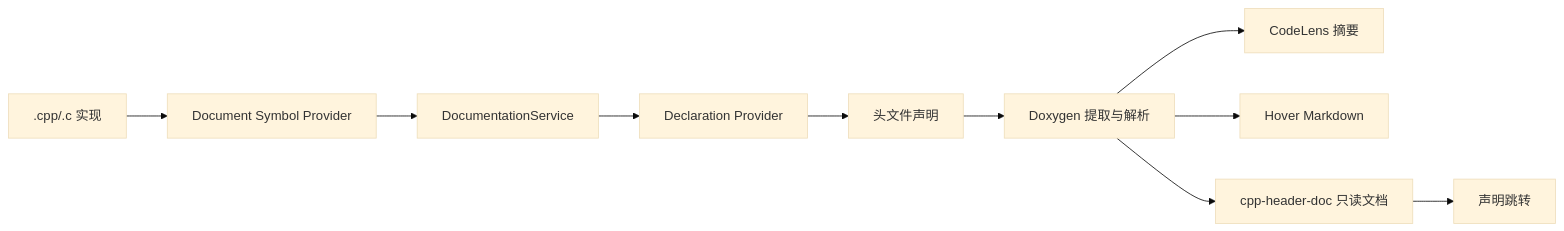
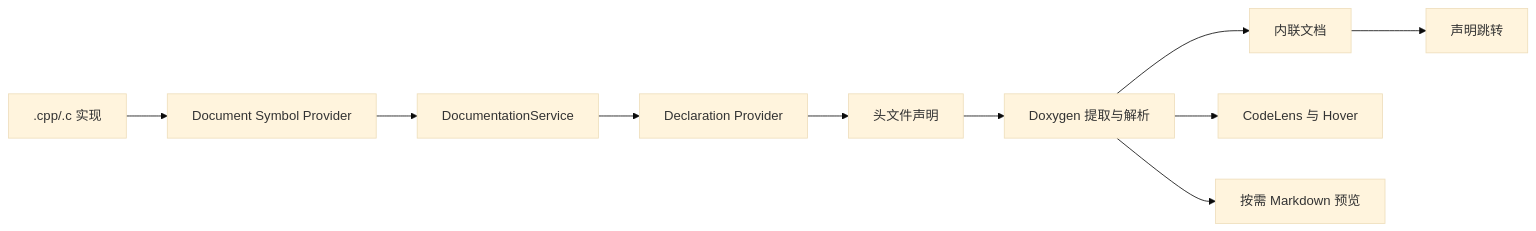
Before and after one commit to timzou/cpp-headdoc: the diagram in docs/ARCHITECTURE.md, drawn with Mermaid (base theme). The commit also changed other lines of this file and 23 other files, not shown here.

````diff
--- a/docs/ARCHITECTURE.md
+++ b/docs/ARCHITECTURE.md
@@ -7,12 +7,12 @@
 ```mermaid
 flowchart LR
     A[.cpp/.c 实现] --> B[Document Symbol Provider]
     B --> C[DocumentationService]
     C --> D[Declaration Provider]
     D --> E[头文件声明]
     E --> F[Doxygen 提取与解析]
-    F --> G[CodeLens 摘要]
-    F --> H[Hover Markdown]
-    F --> I[cpp-header-doc 只读文档]
-    I --> J[声明跳转]
+    F --> G[内联文档]
+    F --> H[CodeLens 与 Hover]
+    F --> I[按需 Markdown 预览]
+    G --> J[声明跳转]
 ```
````
